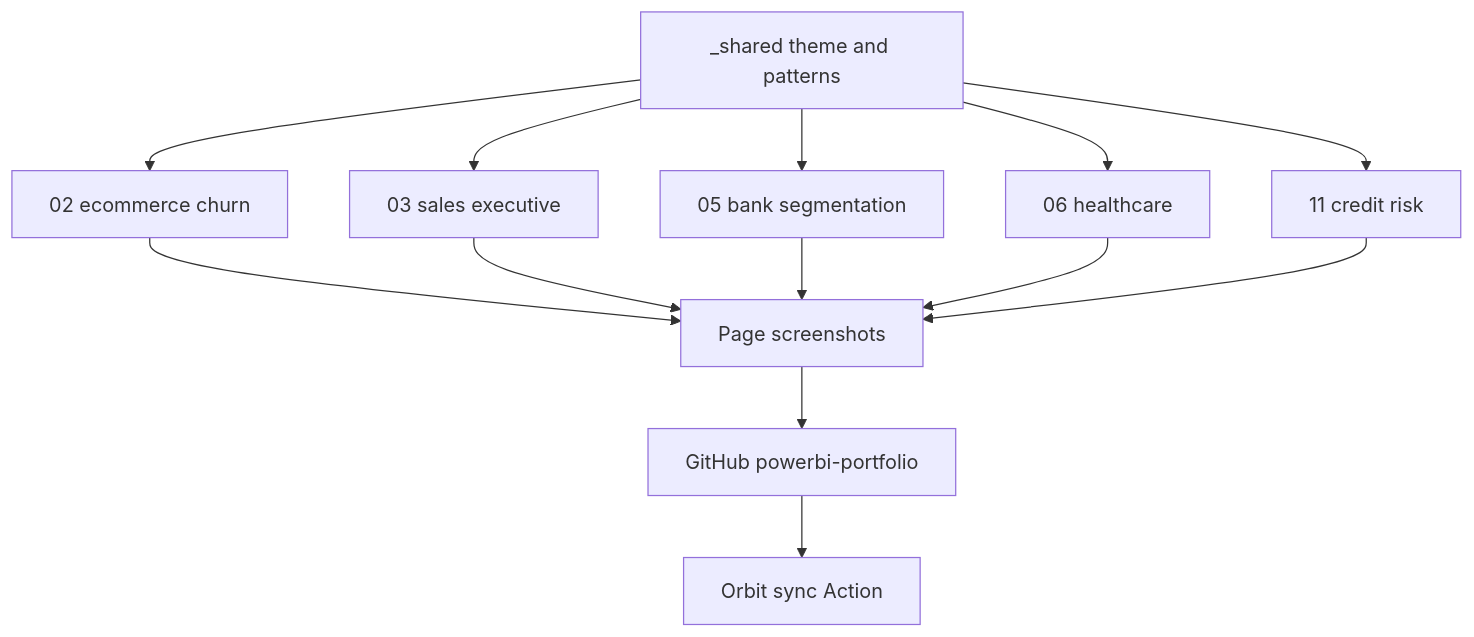
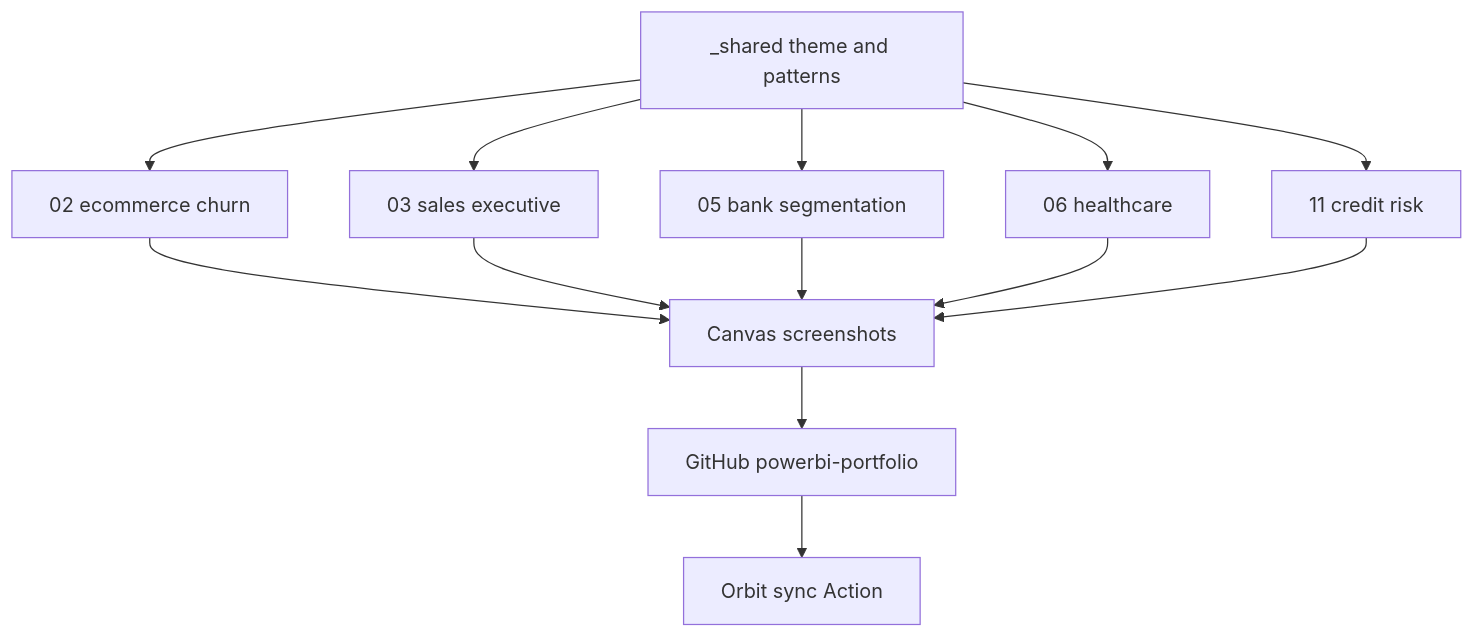
The diagram in docs/architecture/nordic-boardroom-stack.md (AlexTouvras/powerbi-portfolio), drawn with Mermaid before and after one commit. The commit also changed 30 other files, not shown here.

````diff
--- a/docs/architecture/nordic-boardroom-stack.md
+++ b/docs/architecture/nordic-boardroom-stack.md
@@ -5,15 +5,15 @@
 ```mermaid
 flowchart TB
   Shared[_shared theme and patterns] --> Churn[02 ecommerce churn]
   Shared --> Sales[03 sales executive]
   Shared --> Bank[05 bank segmentation]
   Shared --> Care[06 healthcare]
   Shared --> Credit[11 credit risk]
-  Churn --> Export[Page screenshots]
+  Churn --> Export[Canvas screenshots]
   Sales --> Export
   Bank --> Export
   Care --> Export
   Credit --> Export
   Export --> GH[GitHub powerbi-portfolio]
   GH --> OrbitSync[Orbit sync Action]
 ```
````
